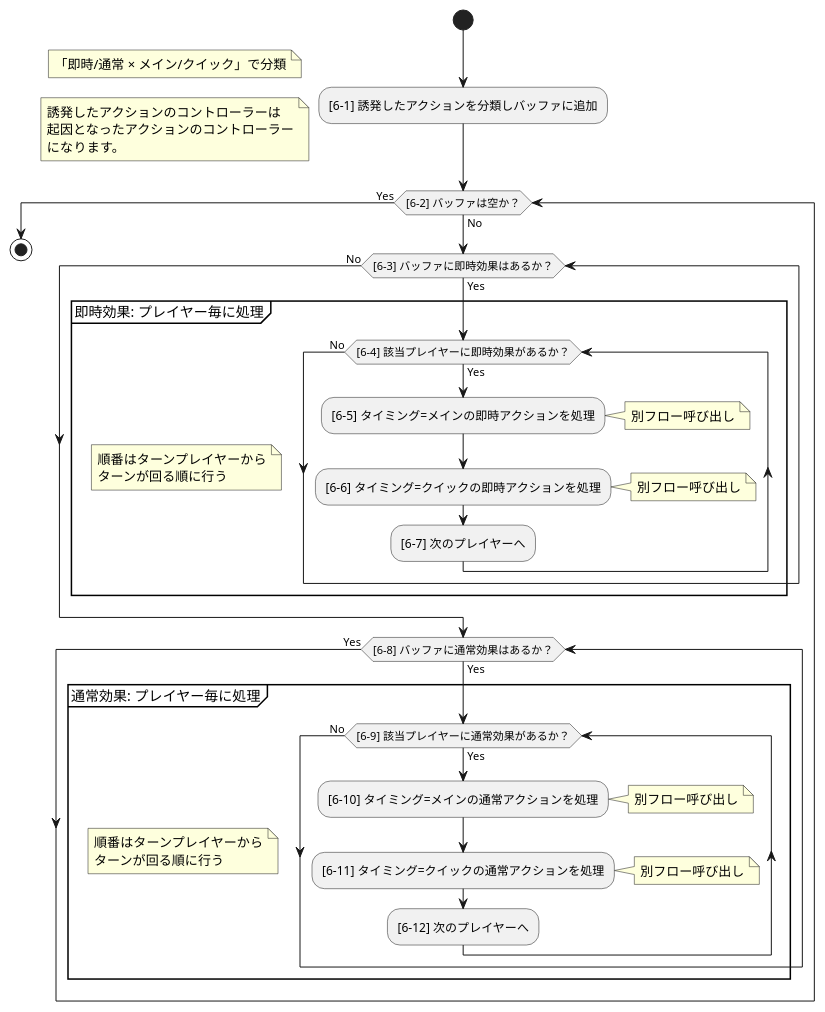
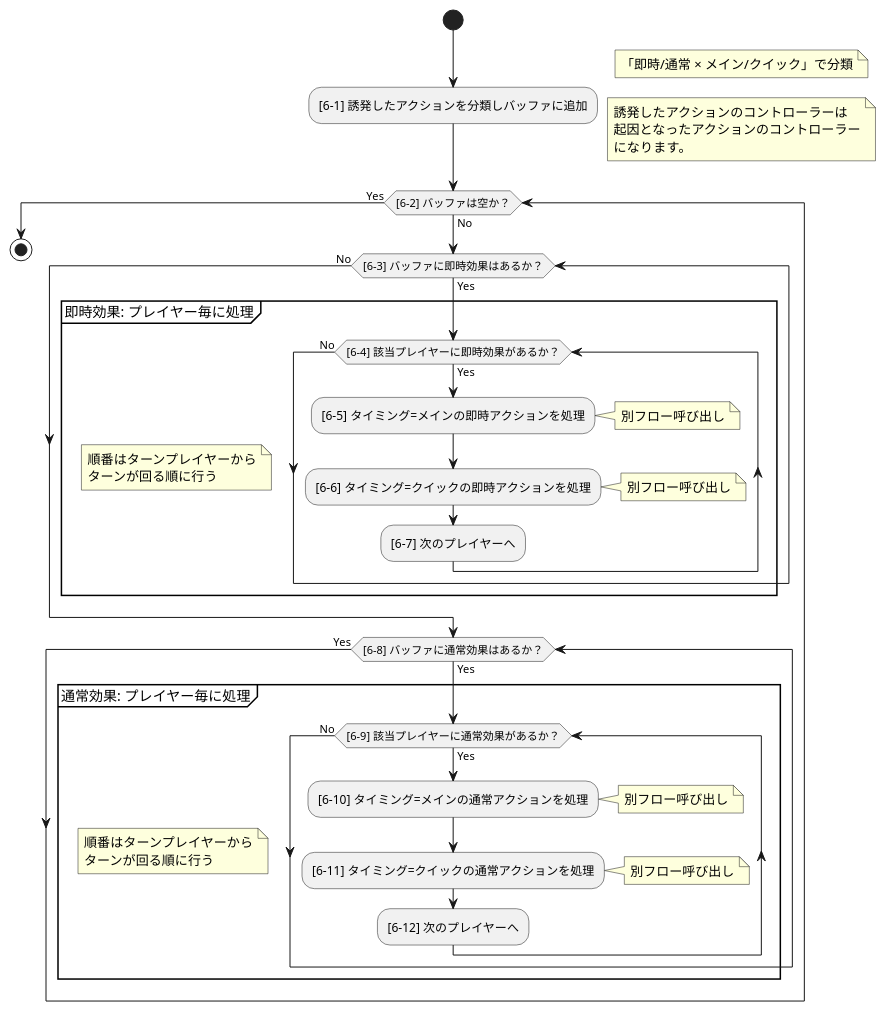
One commit to BlackPoker/BlackPoker changed the diagram in source/core/triggerflow.puml. Above: the diagram before and after it, drawn with PlantUML.

Commit message:
UML一部修正

```diff
--- a/source/core/triggerflow.puml
+++ b/source/core/triggerflow.puml
@@ -1,72 +1,72 @@
 @startuml
 '==============================
 '【Main method】（アクション分類・プレイヤー毎処理）
 '==============================
 |Main method|
 start
 :[6-1] 誘発したアクションを分類しバッファに追加;
-note left
+note right
     「即時/通常 × メイン/クイック」で分類
 end note
-note left
+note right
     誘発したアクションのコントローラーは
     起因となったアクションのコントローラー
     になります。
 end note
 
 while ([6-2] バッファは空か？) is (No) 
   ' 外部ループ：バッファに何らかのアクションが残っている限り処理する
 
   '-------------------------------------------
   '【即時効果：プレイヤー毎に処理】
   '-------------------------------------------
   while ([6-3] バッファに即時効果はあるか？) is (Yes)
 
     group 即時効果: プレイヤー毎に処理
     note
         順番はターンプレイヤーから
         ターンが回る順に行う
     end note
 
       while ([6-4] 該当プレイヤーに即時効果があるか？) is (Yes)
         :[6-5] タイミング=メインの即時アクションを処理;
         note right
           別フロー呼び出し
         end note
         :[6-6] タイミング=クイックの即時アクションを処理;
         note right
           別フロー呼び出し
         end note
         :[6-7] 次のプレイヤーへ;
       endwhile (No)
     end group
   endwhile (No)
 
   '-------------------------------------------
   '【通常効果：プレイヤー毎に処理】
   '-------------------------------------------
   while ([6-8] バッファに通常効果はあるか？) is (Yes)
 
     group 通常効果: プレイヤー毎に処理
     note
         順番はターンプレイヤーから
         ターンが回る順に行う
     end note
 
       while ([6-9] 該当プレイヤーに通常効果があるか？) is (Yes)
         :[6-10] タイミング=メインの通常アクションを処理;
         note right
           別フロー呼び出し
         end note
         :[6-11] タイミング=クイックの通常アクションを処理;
         note right
           別フロー呼び出し
         end note
         :[6-12] 次のプレイヤーへ;
       endwhile (No)
     end group
   endwhile (Yes)
 
 endwhile (Yes)
 stop
 @enduml
```
